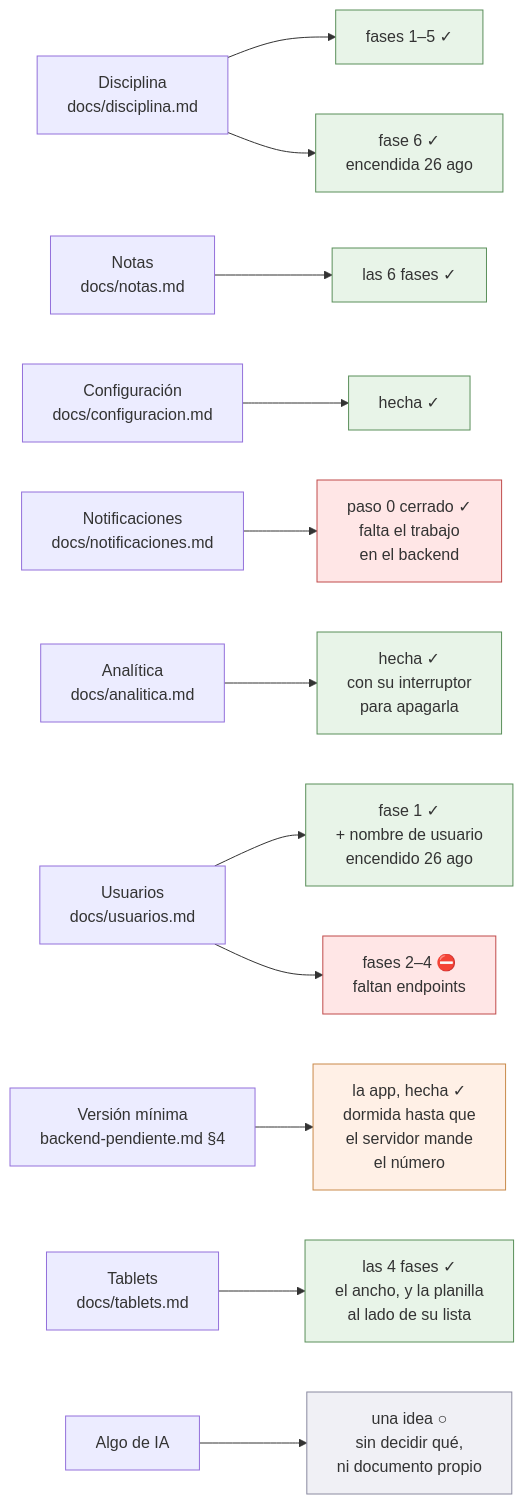
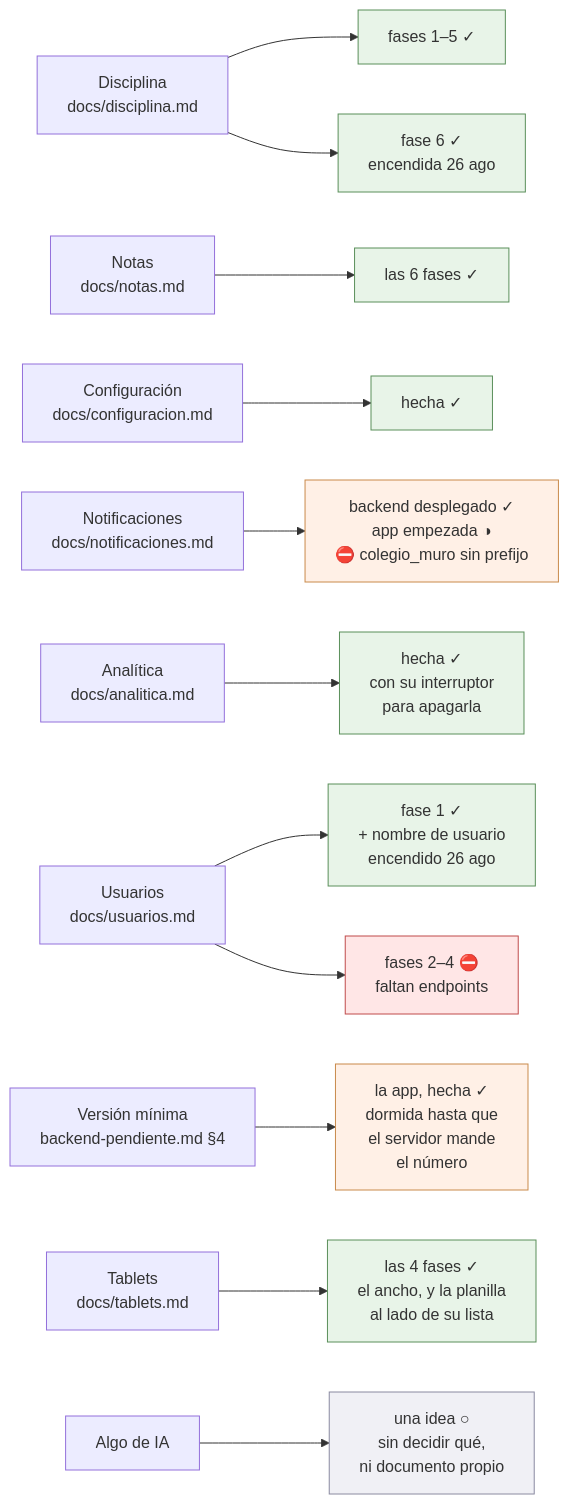
The diagram in docs/estado.md (bluesky777/myvc_flutter), drawn with Mermaid before and after one commit. The commit also changed other lines of this file and 4 other files, not shown here.

````diff
--- a/docs/estado.md
+++ b/docs/estado.md
@@ -40,26 +40,26 @@
 ```mermaid
 flowchart LR
     D["Disciplina<br/>docs/disciplina.md"] --> D5["fases 1–5 ✓"]
     D --> D6["fase 6 ✓<br/>encendida 26 ago"]
     N["Notas<br/>docs/notas.md"] --> N4["las 6 fases ✓"]
     C["Configuración<br/>docs/configuracion.md"] --> C0["hecha ✓"]
-    P["Notificaciones<br/>docs/notificaciones.md"] --> P0["paso 0 cerrado ✓<br/>falta el trabajo<br/>en el backend"]
+    P["Notificaciones<br/>docs/notificaciones.md"] --> P0["backend desplegado ✓<br/>app empezada ◑<br/>⛔ colegio_muro sin prefijo"]
     A["Analítica<br/>docs/analitica.md"] --> A0["hecha ✓<br/>con su interruptor<br/>para apagarla"]
     U["Usuarios<br/>docs/usuarios.md"] --> U1["fase 1 ✓<br/>+ nombre de usuario<br/>encendido 26 ago"]
     U --> U2["fases 2–4 ⛔<br/>faltan endpoints"]
     V["Versión mínima<br/>backend-pendiente.md §4"] --> V1["la app, hecha ✓<br/>dormida hasta que<br/>el servidor mande<br/>el número"]
     T["Tablets<br/>docs/tablets.md"] --> T0["las 4 fases ✓<br/>el ancho, y la planilla<br/>al lado de su lista"]
     I["Algo de IA"] --> I0["una idea ○<br/>sin decidir qué,<br/>ni documento propio"]
 
     style D5 fill:#e8f4e8,stroke:#5a8f5a
     style N4 fill:#e8f4e8,stroke:#5a8f5a
     style D6 fill:#e8f4e8,stroke:#5a8f5a
-    style P0 fill:#ffe6e6,stroke:#c04b4b
+    style P0 fill:#fff0e6,stroke:#c98a4b
     style C0 fill:#e8f4e8,stroke:#5a8f5a
     style A0 fill:#e8f4e8,stroke:#5a8f5a
     style U1 fill:#e8f4e8,stroke:#5a8f5a
     style U2 fill:#ffe6e6,stroke:#c04b4b
     style V1 fill:#fff0e6,stroke:#c98a4b
     style T0 fill:#e8f4e8,stroke:#5a8f5a
     style I0 fill:#f0f0f5,stroke:#8a8aa0
 ```
````
